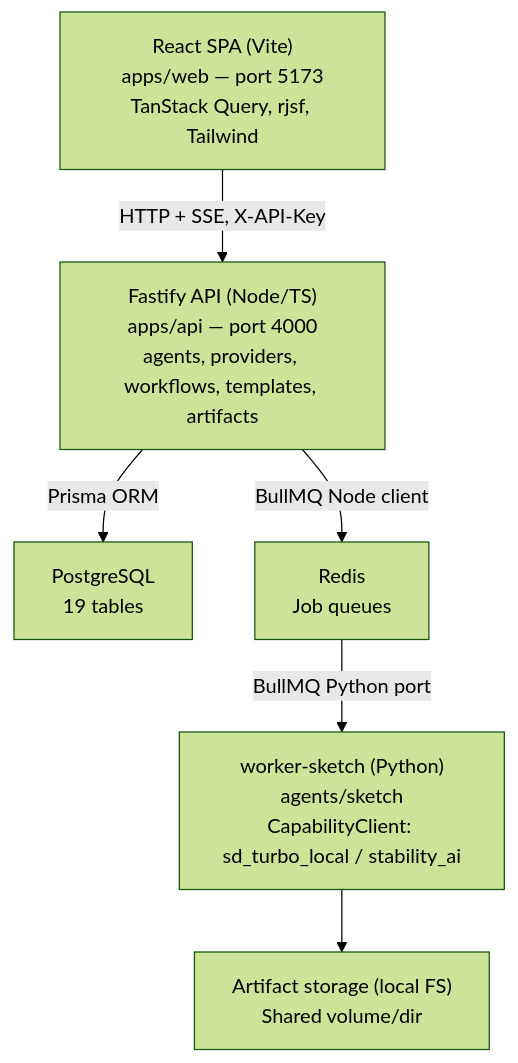
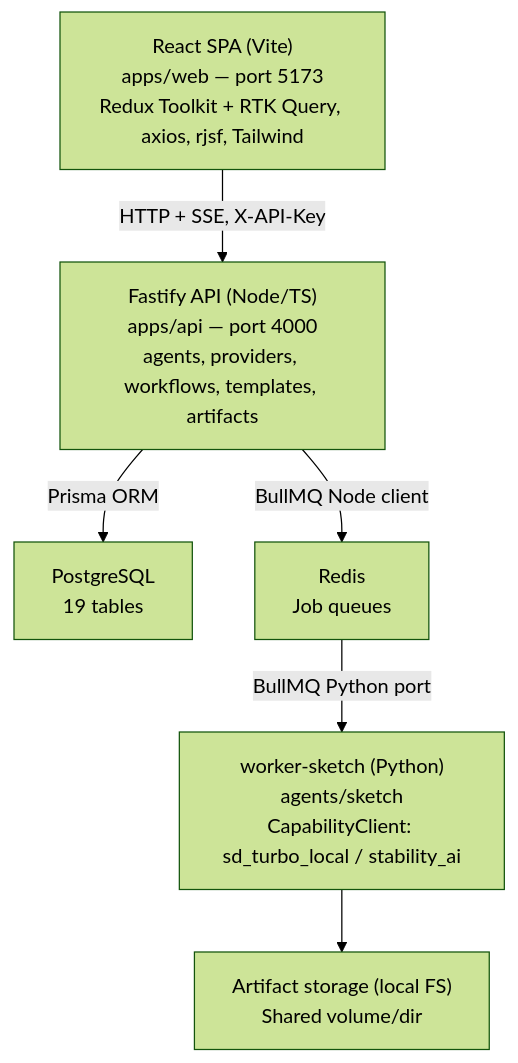
Before and after one commit to C-SHEKHAR-007/Agentry-One: the diagram in docs/00-handover.md, drawn with Mermaid (forest theme). The commit also changed other lines of this file and 1 other file, not shown here.

First line of the commit message:
docs: describe the v2.2 web app in the handover and as-built notes

````diff
--- a/docs/00-handover.md
+++ b/docs/00-handover.md
@@ -23,15 +23,15 @@
 ```mermaid
 flowchart TD
-    WEB["React SPA (Vite)<br>apps/web — port 5173<br>TanStack Query, rjsf, Tailwind"]
+    WEB["React SPA (Vite)<br>apps/web — port 5173<br>Redux Toolkit + RTK Query, axios, rjsf, Tailwind"]
     API["Fastify API (Node/TS)<br>apps/api — port 4000<br>agents, providers, workflows, templates, artifacts"]
     PG["PostgreSQL<br>19 tables"]
     REDIS["Redis<br>Job queues"]
     WORKER["worker-sketch (Python)<br>agents/sketch<br>CapabilityClient: sd_turbo_local / stability_ai"]
     FS["Artifact storage (local FS)<br>Shared volume/dir"]
 
     WEB -->|HTTP + SSE, X-API-Key| API
     API -->|Prisma ORM| PG
     API -->|BullMQ Node client| REDIS
     REDIS -->|BullMQ Python port| WORKER
     WORKER --> FS
 ```
````
